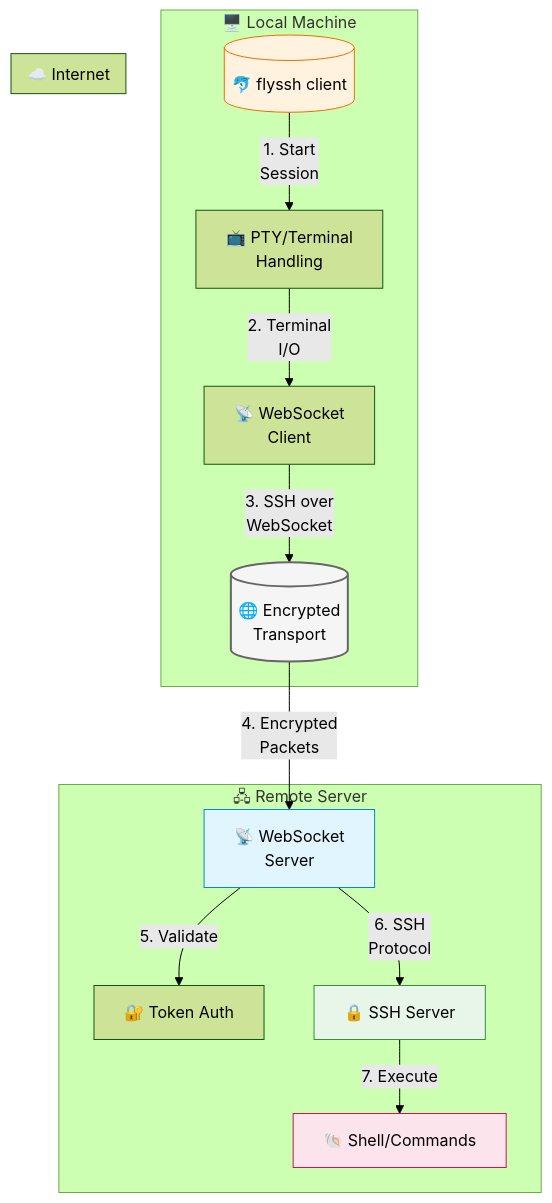
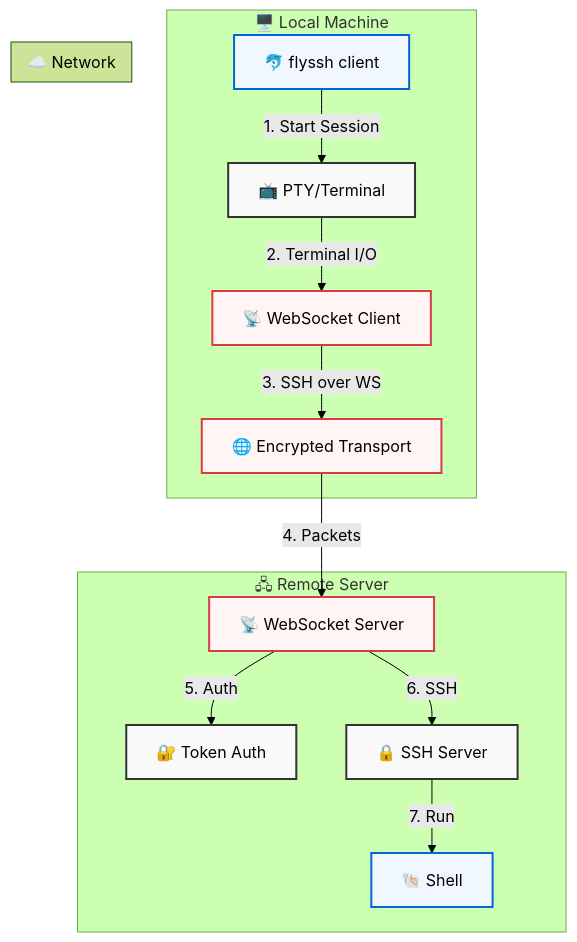
Before and after one commit to mrkurt/ssh2wss: the diagram in README.md, drawn with Mermaid (forest theme).

Commit message:
docs: fix mermaid diagram rendering and styling

````diff
--- a/README.md
+++ b/README.md
@@ -59,34 +59,35 @@
 ```mermaid
 graph TB
     subgraph "🖥️ Local Machine"
-        CLI[("🐬 flyssh client")]
-        PTY["📺 PTY/Terminal\nHandling"]
-        WSC["📡 WebSocket\nClient"]
+        CLI["🐬 flyssh client"]
+        PTY["📺 PTY/Terminal"]
+        WSC["📡 WebSocket Client"]
         
-        CLI --> |"1. Start\nSession"| PTY
-        PTY --> |"2. Terminal\nI/O"| WSC
-        WSC --> |"3. SSH over\nWebSocket"| Internet
+        CLI --> |"1. Start Session"| PTY
+        PTY --> |"2. Terminal I/O"| WSC
+        WSC --> |"3. SSH over WS"| Internet
     end
 
-    subgraph "☁️ Internet"
-        Internet[("🌐 Encrypted\nTransport")]
+    subgraph "☁️ Network"
+        Internet["🌐 Encrypted Transport"]
     end
 
     subgraph "🖧 Remote Server"
-        WSS["📡 WebSocket\nServer"]
+        WSS["📡 WebSocket Server"]
         Auth["🔐 Token Auth"]
         SSH["🔒 SSH Server"]
-        Shell["🐚 Shell/Commands"]
+        Shell["🐚 Shell"]
         
-        Internet --> |"4. Encrypted\nPackets"| WSS
-        WSS --> |"5. Validate"| Auth
-        WSS --> |"6. SSH\nProtocol"| SSH
-        SSH --> |"7. Execute"| Shell
+        Internet --> |"4. Packets"| WSS
+        WSS --> |"5. Auth"| Auth
+        WSS --> |"6. SSH"| SSH
+        SSH --> |"7. Run"| Shell
     end
 
-    style Internet fill:#f5f5f5,stroke:#666,stroke-width:2px
-    style WSS fill:#e1f5fe,stroke:#0288d1
-    style SSH fill:#e8f5e9,stroke:#388e3c
-    style CLI fill:#fff3e0,stroke:#ef6c00
-    style Shell fill:#fce4ec,stroke:#c2185b
+    classDef default fill:#f9f9f9,stroke:#333,stroke-width:2px;
+    classDef highlight fill:#f0f7ff,stroke:#0366d6,stroke-width:2px;
+    classDef transport fill:#fff5f5,stroke:#d73a49,stroke-width:2px;
+    
+    class CLI,Shell highlight;
+    class Internet,WSC,WSS transport;
 ```
````
